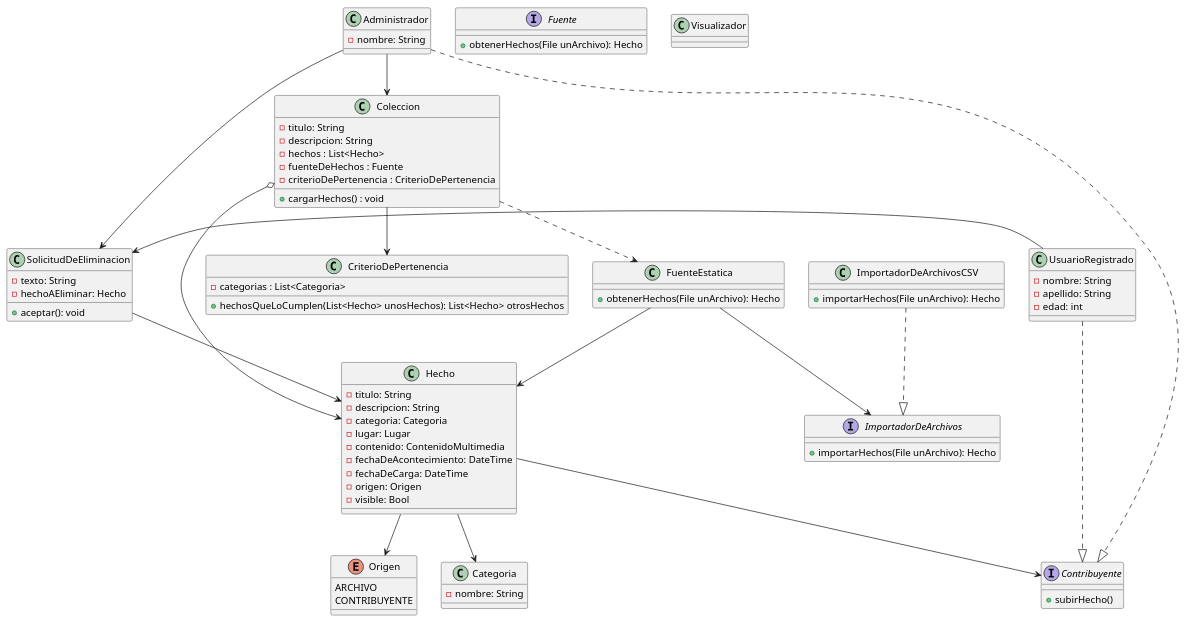
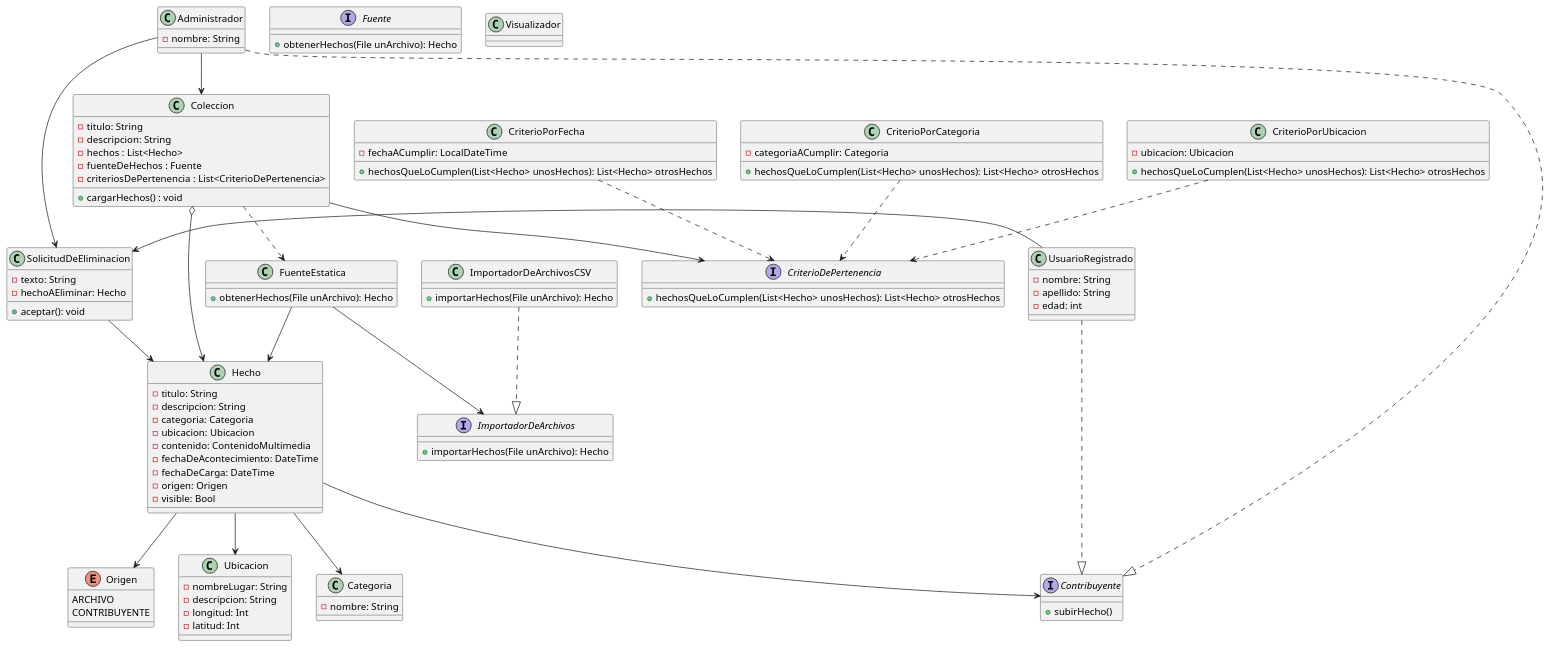
Before and after one commit to vrramiro/tpa-DDSI-2025: the diagram in diagrams/TPA-1eraEntrega.puml, drawn with PlantUML. The commit also changed other lines of this file, not shown here.

Commit message:
diagrama

```diff
--- a/diagrams/TPA-1eraEntrega.puml
+++ b/diagrams/TPA-1eraEntrega.puml
@@ -1,102 +1,129 @@
 @startuml
 'https://plantuml.com/class-diagram
 
 FuenteEstatica --> Hecho
 Coleccion ..> FuenteEstatica
 Coleccion o--> Hecho
 Hecho --> Categoria
 Hecho --> Origen
 Hecho --> Contribuyente
 UsuarioRegistrado ..|> Contribuyente
 Administrador ..|> Contribuyente
 Administrador --> Coleccion
 SolicitudDeEliminacion --> Hecho
 Administrador -> SolicitudDeEliminacion
 UsuarioRegistrado -> SolicitudDeEliminacion
 ImportadorDeArchivosCSV ..|> ImportadorDeArchivos
 FuenteEstatica --> ImportadorDeArchivos
 Coleccion --> CriterioDePertenencia
+CriterioPorFecha ..> CriterioDePertenencia
+CriterioPorCategoria ..> CriterioDePertenencia
+CriterioPorUbicacion ..> CriterioDePertenencia
+Hecho --> Ubicacion
 
 class Hecho {
     - titulo: String
     - descripcion: String
     - categoria: Categoria
-    - lugar: Lugar
+    - ubicacion: Ubicacion
     - contenido: ContenidoMultimedia
     - fechaDeAcontecimiento: DateTime
     - fechaDeCarga: DateTime
     - origen: Origen
     - visible: Bool
+}
+
+class Ubicacion{
+    - nombreLugar: String
+    - descripcion: String
+    - longitud: Int
+    - latitud: Int
 }
 
 'Enum porque no tiene comportamiento, y necesitamos evitar inconsistencia
 enum Origen {
     ARCHIVO
     CONTRIBUYENTE
 }
 
 'Por consistencia de datos
 class Categoria {
     - nombre: String
 }
 
 class SolicitudDeEliminacion {
     - texto: String
     - hechoAEliminar: Hecho
 
     + aceptar(): void
 }
 
 interface Fuente {
     + obtenerHechos(File unArchivo): Hecho
 }
 
 class FuenteEstatica {
     + obtenerHechos(File unArchivo): Hecho
 }
 
 class Coleccion {
     - titulo: String
     - descripcion: String
     - hechos : List<Hecho>
     - fuenteDeHechos : Fuente
-    - criterioDePertenencia : CriterioDePertenencia
+    - criteriosDePertenencia : List<CriterioDePertenencia>
 
     + cargarHechos() : void
 }
 
 'VER
-class CriterioDePertenencia {
-    - categorias : List<Categoria>
+interface CriterioDePertenencia {
+    + hechosQueLoCumplen(List<Hecho> unosHechos): List<Hecho> otrosHechos
+}
+
+class CriterioPorFecha {
+    - fechaACumplir: LocalDateTime
+
+    + hechosQueLoCumplen(List<Hecho> unosHechos): List<Hecho> otrosHechos
+}
+
+class CriterioPorCategoria {
+    - categoriaACumplir: Categoria
+
+    + hechosQueLoCumplen(List<Hecho> unosHechos): List<Hecho> otrosHechos
+}
+
+class CriterioPorUbicacion {
+    - ubicacion: Ubicacion
 
     + hechosQueLoCumplen(List<Hecho> unosHechos): List<Hecho> otrosHechos
 }
 
 interface Contribuyente {
     + subirHecho()
 }
 
 class Administrador {
     -nombre: String
 }
 
 class Visualizador {
 
 }
 
 class UsuarioRegistrado {
     -nombre: String
     -apellido: String
     -edad: int
 
 }
 
 interface ImportadorDeArchivos {
     + importarHechos(File unArchivo): Hecho
 }
 
 class ImportadorDeArchivosCSV {
      + importarHechos(File unArchivo): Hecho
 }
 
 @enduml
```
